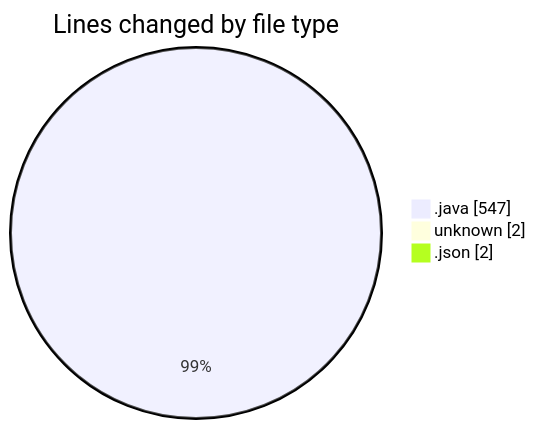
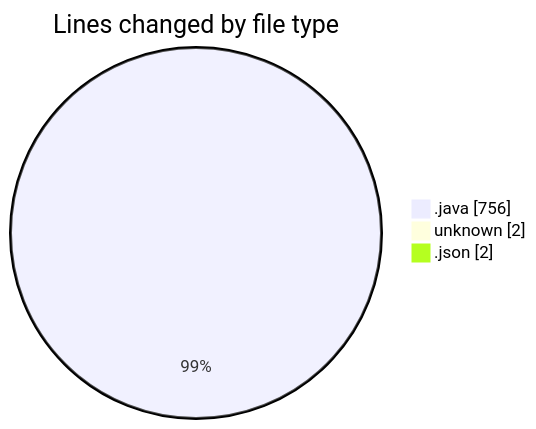
The first of 2 diagrams in 2026-04-10/cilapp/README.md (ricardozamudiocil/code-tracking), drawn with Mermaid before and after one commit. The commit also changed other lines of this file and 1 other file, not shown here.

````diff
--- a/2026-04-10/cilapp/README.md
+++ b/2026-04-10/cilapp/README.md
@@ -28,7 +28,7 @@
 ```mermaid
 pie showData
 title Lines changed by file type
-".java" : 547
+".java" : 756
 "unknown" : 2
 ".json" : 2
 ```
````
